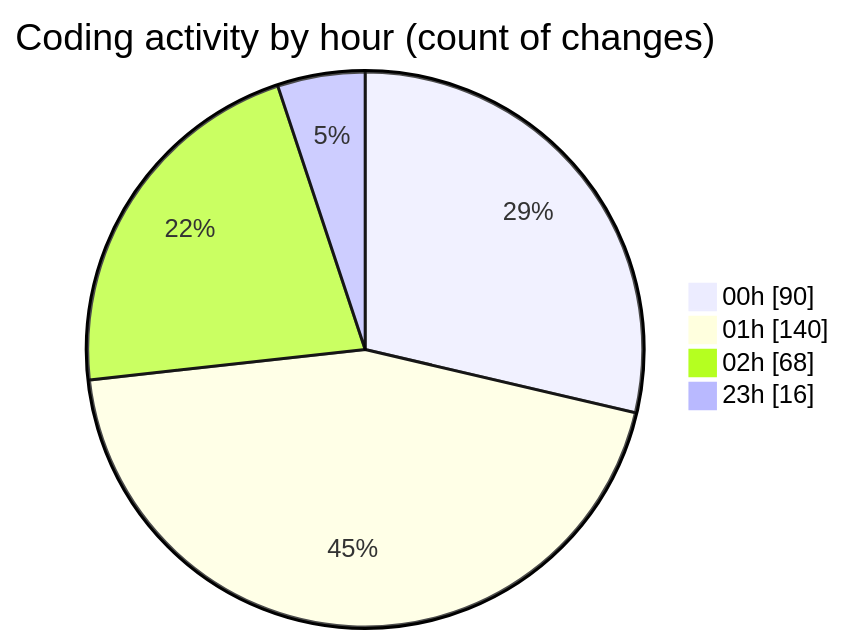
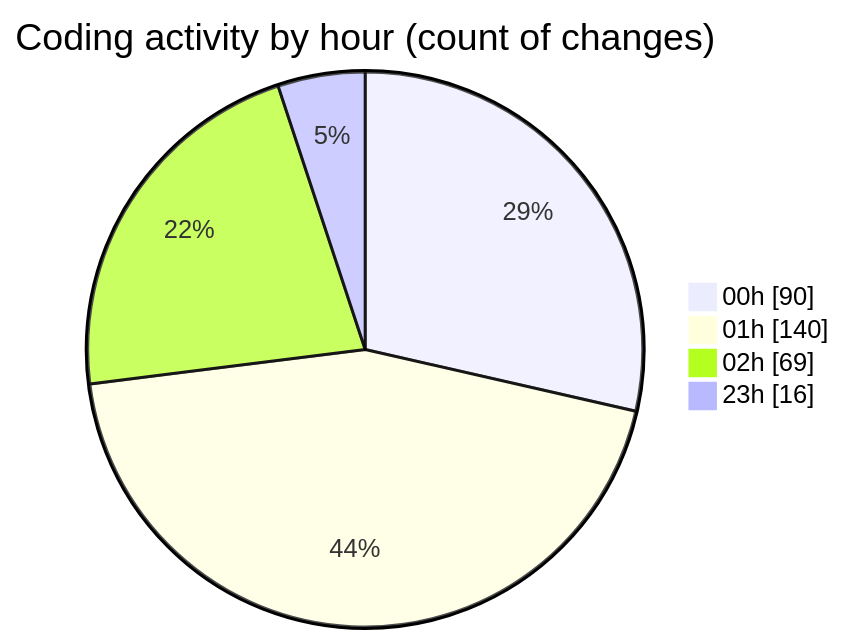
Before and after one commit to Ritupan-Deka/code-tracking: the second of 2 diagrams in 2025-05-26/projects/README.md, drawn with Mermaid. The commit also changed other lines of this file and 1 other file, not shown here.

````diff
--- a/2025-05-26/projects/README.md
+++ b/2025-05-26/projects/README.md
@@ -33,8 +33,8 @@
 ```mermaid
 pie showData
 title Coding activity by hour (count of changes)
 "00h" : 90
 "01h" : 140
-"02h" : 68
+"02h" : 69
 "23h" : 16
 ```
````
